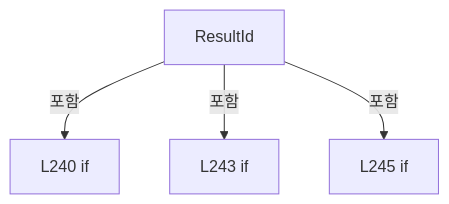
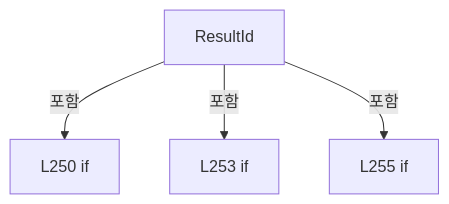
Before and after one commit to kjuws10-rgb/Shared: the ninth of 22 diagrams in A3 LD Code Ref/files/Drilling.Common/Correction/CAlignInterpolation.cs.md, drawn with Mermaid. The commit also changed other lines of this file and 2071 other files, not shown here.

Commit message:
docs(a3): update 11.19.0 architecture and code reference

````diff
--- a/A3 LD Code Ref/files/Drilling.Common/Correction/CAlignInterpolation.cs.md
+++ b/A3 LD Code Ref/files/Drilling.Common/Correction/CAlignInterpolation.cs.md
@@ -2009,10 +2098,10 @@
 ```mermaid
 flowchart TD
  M["ResultId"]
- N0["L240 if"]
+ N0["L250 if"]
  M -->|포함| N0
- N1["L243 if"]
+ N1["L253 if"]
  M -->|포함| N1
- N2["L245 if"]
+ N2["L255 if"]
  M -->|포함| N2
 ```
````
